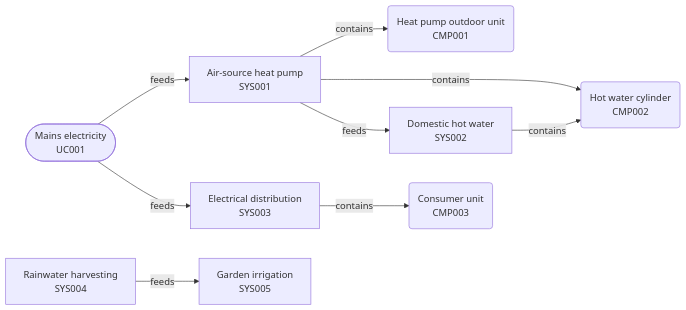
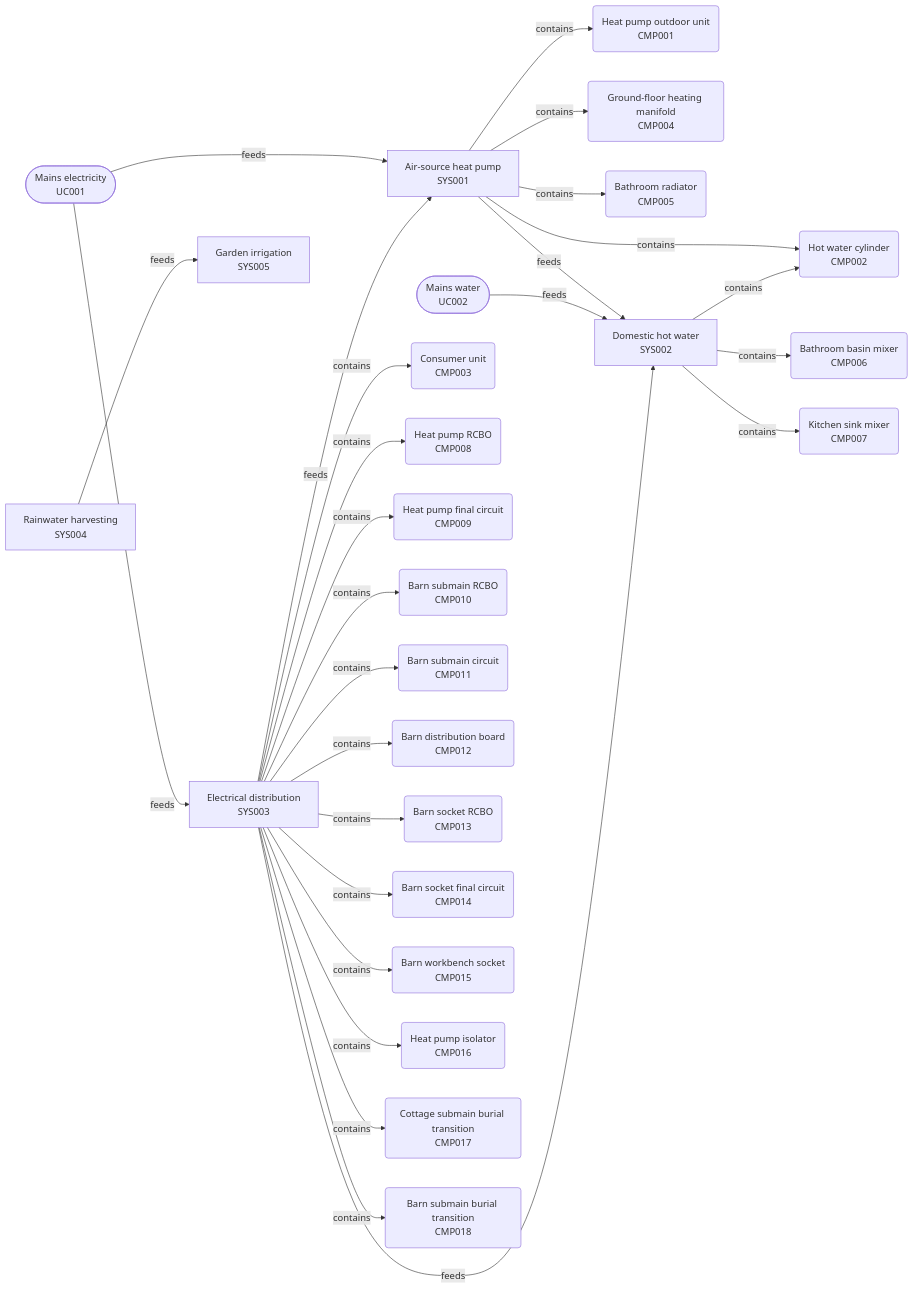
One commit to Archally/realm-schema changed the second of 2 diagrams in examples/willow-cottage/.specs/property.md. Above: the diagram before and after it, drawn with Mermaid. The commit also changed other lines of this file and 32 other files, not shown here.

Commit message:
Realm 2.3.2: pipe runs and wired-link routes join the schema and the worked example ships ten pictures of its plans and house systems

````diff
--- a/examples/willow-cottage/.specs/property.md
+++ b/examples/willow-cottage/.specs/property.md
@@ -194,20 +194,54 @@
 ```mermaid
 flowchart LR
     SYS001["Air-source heat pump<br/>SYS001"]
     CMP001("Heat pump outdoor unit<br/>CMP001")
     CMP002("Hot water cylinder<br/>CMP002")
+    CMP004("Ground-floor heating manifold<br/>CMP004")
+    CMP005("Bathroom radiator<br/>CMP005")
     UC001(["Mains electricity<br/>UC001"])
     SYS002["Domestic hot water<br/>SYS002"]
+    CMP006("Bathroom basin mixer<br/>CMP006")
+    CMP007("Kitchen sink mixer<br/>CMP007")
+    UC002(["Mains water<br/>UC002"])
     SYS003["Electrical distribution<br/>SYS003"]
     CMP003("Consumer unit<br/>CMP003")
+    CMP008("Heat pump RCBO<br/>CMP008")
+    CMP009("Heat pump final circuit<br/>CMP009")
+    CMP010("Barn submain RCBO<br/>CMP010")
+    CMP011("Barn submain circuit<br/>CMP011")
+    CMP012("Barn distribution board<br/>CMP012")
+    CMP013("Barn socket RCBO<br/>CMP013")
+    CMP014("Barn socket final circuit<br/>CMP014")
+    CMP015("Barn workbench socket<br/>CMP015")
+    CMP016("Heat pump isolator<br/>CMP016")
+    CMP017("Cottage submain burial transition<br/>CMP017")
+    CMP018("Barn submain burial transition<br/>CMP018")
     SYS004["Rainwater harvesting<br/>SYS004"]
     SYS005["Garden irrigation<br/>SYS005"]
     SYS001 -->|"contains"| CMP001
     SYS001 -->|"contains"| CMP002
+    SYS001 -->|"contains"| CMP004
+    SYS001 -->|"contains"| CMP005
     UC001 -->|"feeds"| SYS001
     SYS001 -->|"feeds"| SYS002
     SYS002 -->|"contains"| CMP002
+    SYS002 -->|"contains"| CMP006
+    SYS002 -->|"contains"| CMP007
+    UC002 -->|"feeds"| SYS002
     SYS003 -->|"contains"| CMP003
+    SYS003 -->|"contains"| CMP008
+    SYS003 -->|"contains"| CMP009
+    SYS003 -->|"contains"| CMP010
+    SYS003 -->|"contains"| CMP011
+    SYS003 -->|"contains"| CMP012
+    SYS003 -->|"contains"| CMP013
+    SYS003 -->|"contains"| CMP014
+    SYS003 -->|"contains"| CMP015
+    SYS003 -->|"contains"| CMP016
+    SYS003 -->|"contains"| CMP017
+    SYS003 -->|"contains"| CMP018
     UC001 -->|"feeds"| SYS003
+    SYS003 -->|"feeds"| SYS001
+    SYS003 -->|"feeds"| SYS002
     SYS004 -->|"feeds"| SYS005
 ```
````
